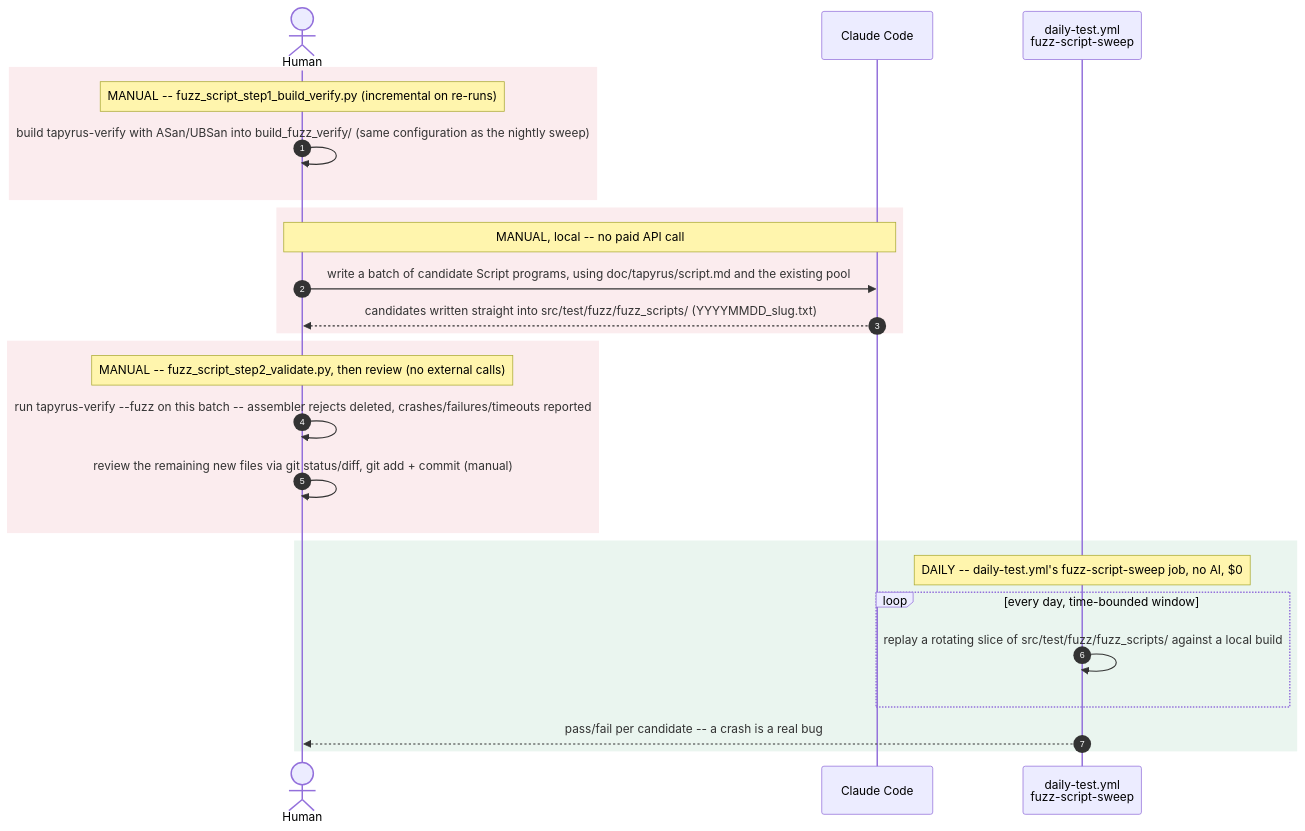
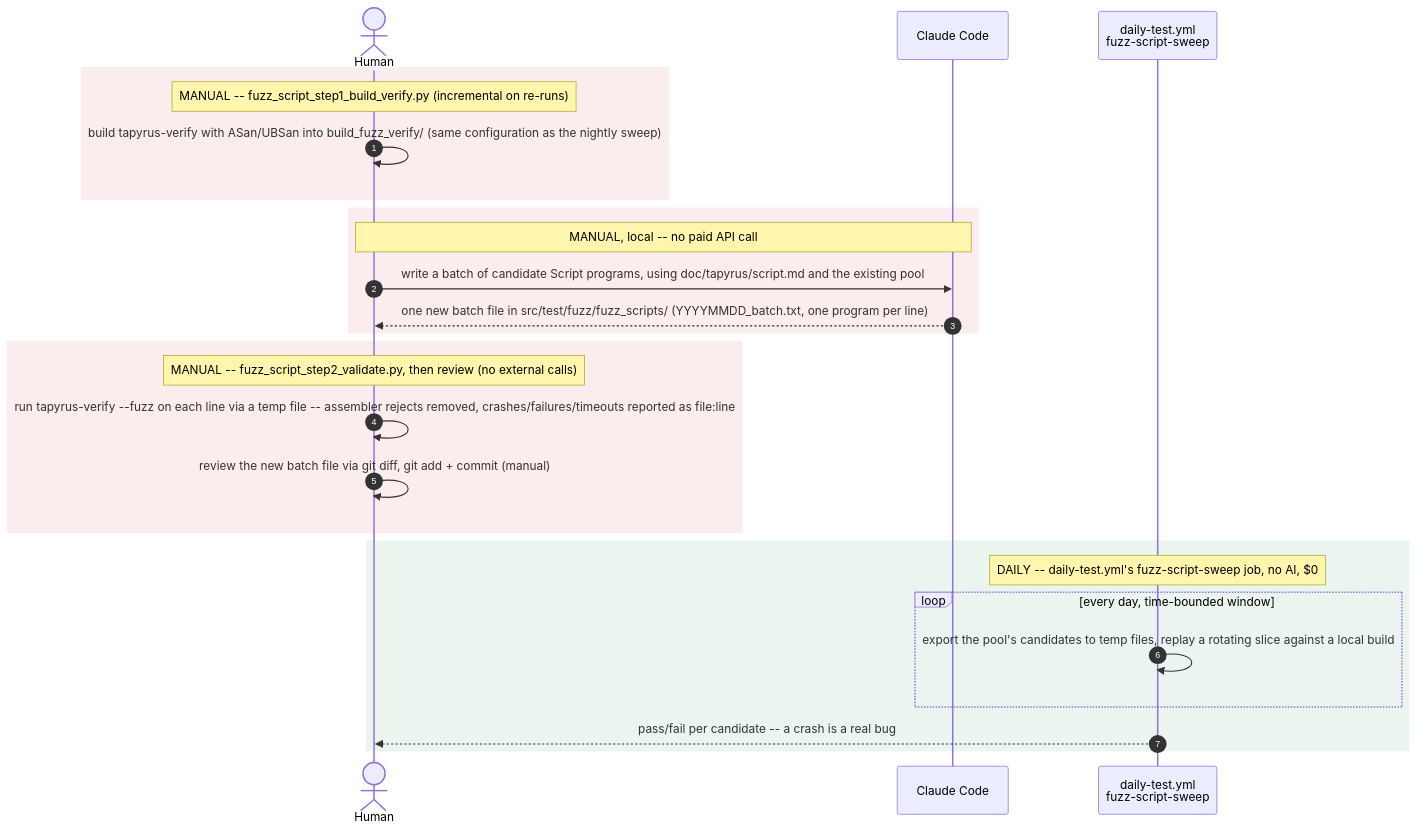
The second of 2 diagrams in contrib/fuzz/PIPELINE.md (chaintope/tapyrus-core), drawn with Mermaid before and after one commit. The commit also changed other lines of this file and 41 other files, not shown here.

First line of the commit message:
Newly generated fuzz scripts (#469)

````diff
--- a/contrib/fuzz/PIPELINE.md
+++ b/contrib/fuzz/PIPELINE.md
@@ -87,32 +87,32 @@
 ```mermaid
 sequenceDiagram
     autonumber
     actor Human
     participant CC as Claude Code
     participant CI as daily-test.yml<br/>fuzz-script-sweep
 
     rect rgb(251, 236, 238)
     Note over Human: MANUAL -- fuzz_script_step1_build_verify.py (incremental on re-runs)
     Human->>Human: build tapyrus-verify with ASan/UBSan into build_fuzz_verify/ (same configuration as the nightly sweep)
     end
 
     rect rgb(251, 236, 238)
     Note over Human,CC: MANUAL, local -- no paid API call
     Human->>CC: write a batch of candidate Script programs, using doc/tapyrus/script.md and the existing pool
-    CC-->>Human: candidates written straight into src/test/fuzz/fuzz_scripts/ (YYYYMMDD_slug.txt)
+    CC-->>Human: one new batch file in src/test/fuzz/fuzz_scripts/ (YYYYMMDD_batch.txt, one program per line)
     end
 
     rect rgb(251, 236, 238)
     Note over Human: MANUAL -- fuzz_script_step2_validate.py, then review (no external calls)
-    Human->>Human: run tapyrus-verify --fuzz on this batch -- assembler rejects deleted, crashes/failures/timeouts reported
-    Human->>Human: review the remaining new files via git status/diff, git add + commit (manual)
+    Human->>Human: run tapyrus-verify --fuzz on each line via a temp file -- assembler rejects removed, crashes/failures/timeouts reported as file:line
+    Human->>Human: review the new batch file via git diff, git add + commit (manual)
     end
 
     rect rgb(234, 245, 239)
     Note over CI: DAILY -- daily-test.yml's fuzz-script-sweep job, no AI, $0
     loop every day, time-bounded window
-        CI->>CI: replay a rotating slice of src/test/fuzz/fuzz_scripts/ against a local build
+        CI->>CI: export the pool's candidates to temp files, replay a rotating slice against a local build
     end
     CI-->>Human: pass/fail per candidate -- a crash is a real bug
     end
 ```
````
